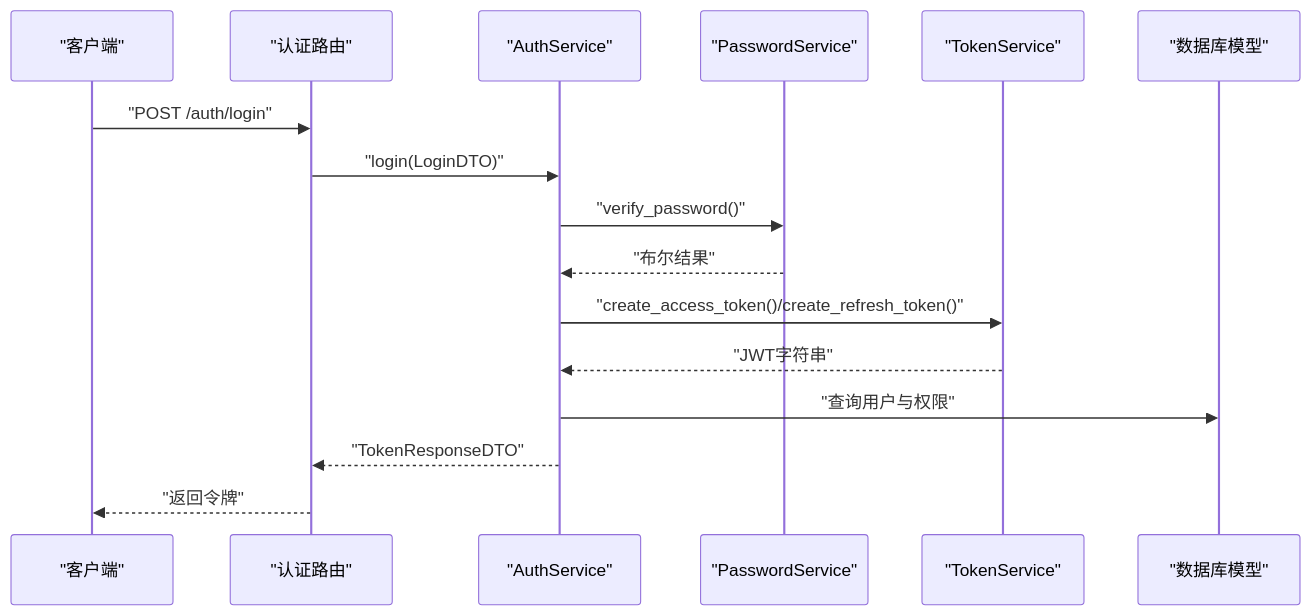
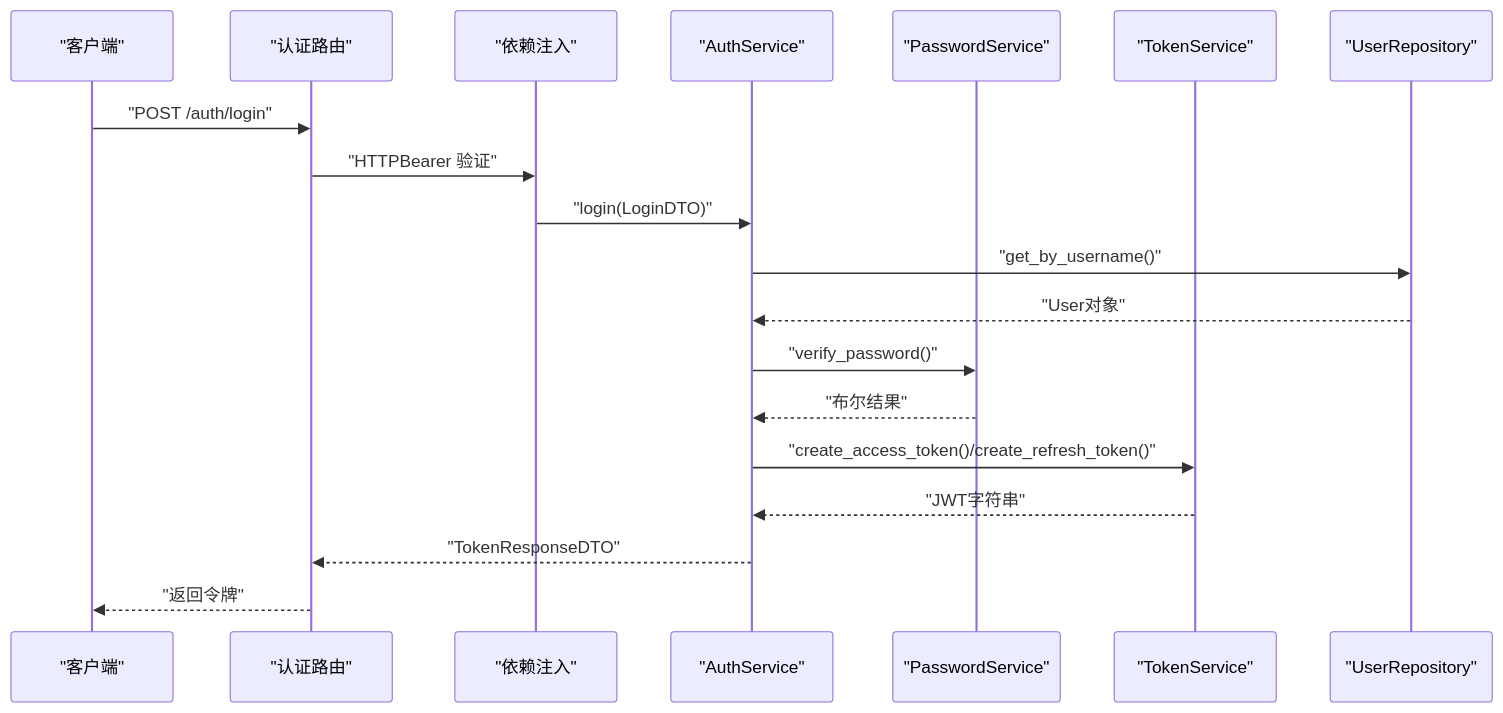
Before and after one commit to taoweidong/Hello-FastApi: the eighth of 8 diagrams in .qoder/repowiki/zh/content/数据模型设计/安全实体模型.md, drawn with Mermaid. The commit also changed other lines of this file and 11 other files, not shown here.

````diff
--- a/.qoder/repowiki/zh/content/数据模型设计/安全实体模型.md
+++ b/.qoder/repowiki/zh/content/数据模型设计/安全实体模型.md
@@ -358,18 +516,21 @@
 ```mermaid
 sequenceDiagram
 participant C as "客户端"
 participant R as "认证路由"
+participant D as "依赖注入"
 participant S as "AuthService"
 participant P as "PasswordService"
 participant T as "TokenService"
-participant D as "数据库模型"
+participant U as "UserRepository"
 C->>R : "POST /auth/login"
-R->>S : "login(LoginDTO)"
+R->>D : "HTTPBearer 验证"
+D->>S : "login(LoginDTO)"
+S->>U : "get_by_username()"
+U-->>S : "User对象"
 S->>P : "verify_password()"
 P-->>S : "布尔结果"
 S->>T : "create_access_token()/create_refresh_token()"
 T-->>S : "JWT字符串"
-S->>D : "查询用户与权限"
 S-->>R : "TokenResponseDTO"
 R-->>C : "返回令牌"
 ```
````
